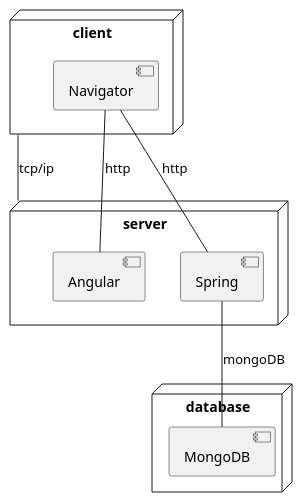
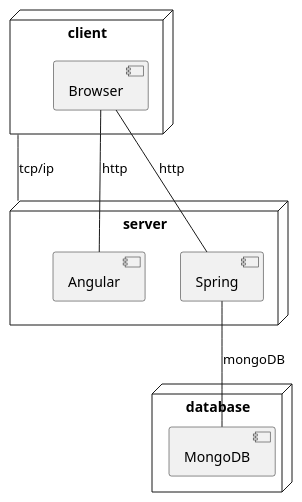
One commit to x-USantaTecla-project-ustUML/requirements changed the first of 2 diagrams in docs/diagrams/src/design.wsd. Above: the diagram before and after it, drawn with PlantUML. The commit also changed 1 other file, not shown here.

```diff
--- a/docs/diagrams/src/design.wsd
+++ b/docs/diagrams/src/design.wsd
@@ -1,20 +1,20 @@
 @startuml deployView
 
 node client { 
-    component Navigator
+    component Browser
 }
 
 node server {
     component Angular
     component Spring
 }
 
 node database {
     component MongoDB
 }
 
 client -down- server: tcp/ip
-Navigator -down- Spring: http
-Navigator -down- Angular: http
+Browser -down- Spring: http
+Browser -down- Angular: http
 Spring -down- MongoDB: mongoDB
 @enduml
```
